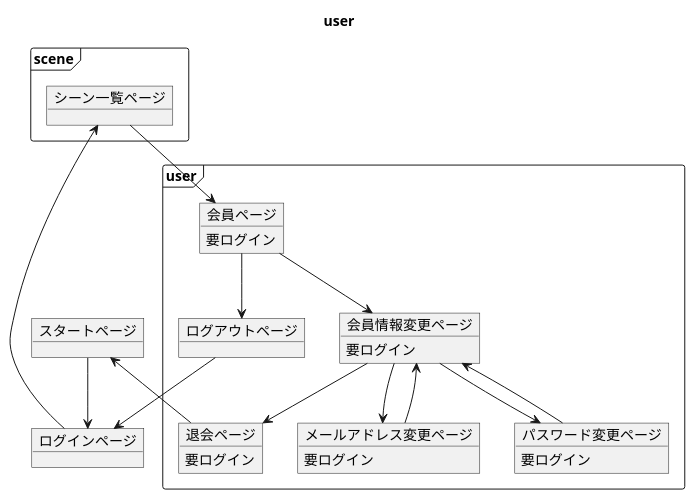
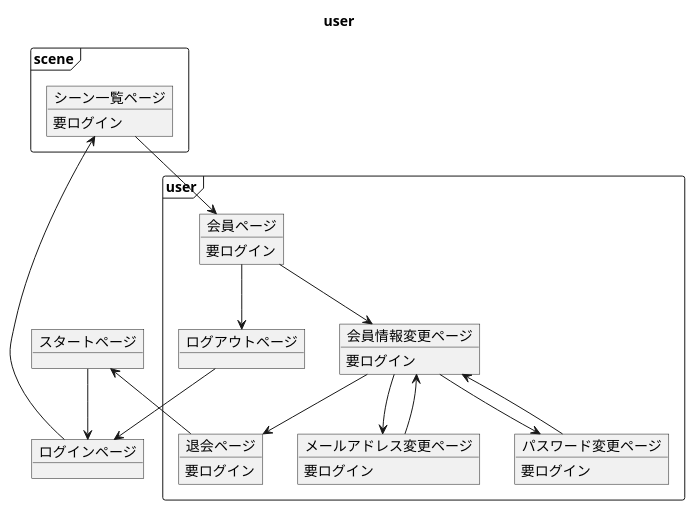
The diagram in uml/src/sceen-transition-diagram/user.puml (s10akir/cocktail), drawn with PlantUML before and after one commit. The commit also changed 1 other file, not shown here.

Commit message:
[wip] #240 @0.5h  update main diagram

```diff
--- a/uml/src/sceen-transition-diagram/user.puml
+++ b/uml/src/sceen-transition-diagram/user.puml
@@ -1,51 +1,52 @@
 @startuml
 
 title user
 
 Object スタートページ
 Object ログインページ
 
 package "scene" <<frame>> {
     Object シーン一覧ページ
 }
 
 package "user" <<frame>> {
     Object 会員ページ
     Object ログアウトページ
 
     Object 会員情報変更ページ
     Object パスワード変更ページ
     Object メールアドレス変更ページ
     Object 退会ページ
 }
 
 
 ' フィールド定義
+シーン一覧ページ : 要ログイン
 会員ページ : 要ログイン
 会員情報変更ページ : 要ログイン
 メールアドレス変更ページ : 要ログイン
 パスワード変更ページ : 要ログイン
 退会ページ : 要ログイン
 
 ' 遷移
 ' - メイン遷移
 スタートページ --> ログインページ
 ログインページ --> シーン一覧ページ
 
 ' - 会員情報変更遷移
 シーン一覧ページ --> 会員ページ
 会員ページ --> 会員情報変更ページ
 会員情報変更ページ --> メールアドレス変更ページ
 会員情報変更ページ --> パスワード変更ページ
 会員情報変更ページ --> 退会ページ
 メールアドレス変更ページ --> 会員情報変更ページ
 パスワード変更ページ --> 会員情報変更ページ
 
 ' - ログアウト遷移 
 会員ページ --> ログアウトページ
 ログアウトページ --> ログインページ
 
 ' - 退会遷移
 退会ページ -down-> スタートページ
 
 @enduml
```
